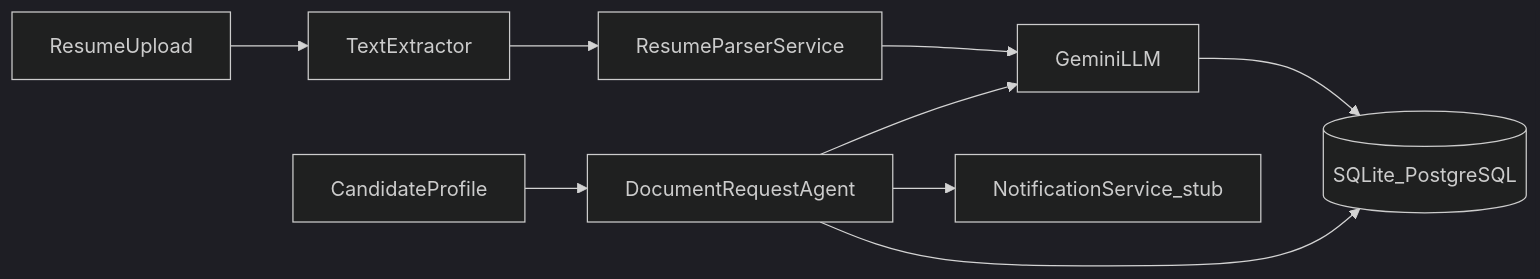
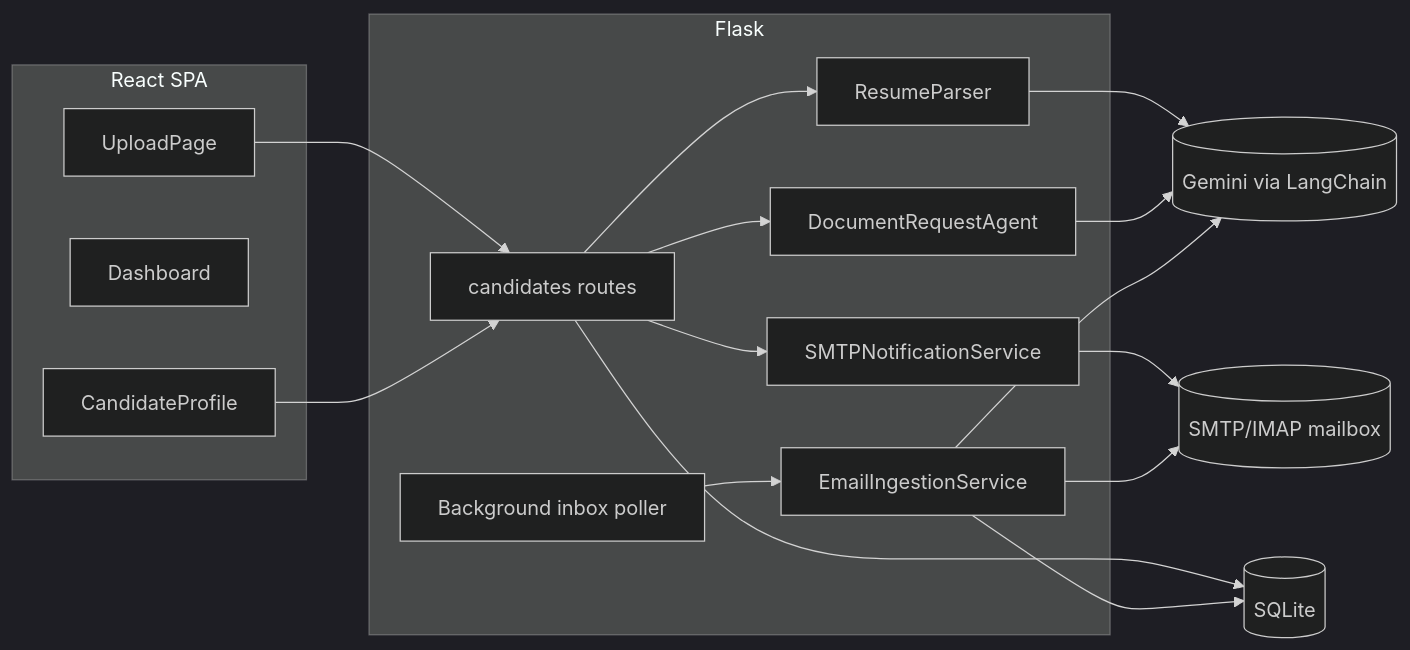
One commit to akshay-battu/resumeParser changed the diagram in README.md. Above: the diagram before and after it, drawn with Mermaid (dark theme). The commit also changed other lines of this file and 26 other files, not shown here.

````diff
--- a/README.md
+++ b/README.md
@@ -15,11 +45,29 @@
 ```mermaid
 flowchart LR
-  Upload[ResumeUpload] --> Extract[TextExtractor]
-  Extract --> Parser[ResumeParserService]
-  Parser --> LLM[GeminiLLM]
-  LLM --> DB[(SQLite_PostgreSQL)]
-  Profile[CandidateProfile] --> Agent[DocumentRequestAgent]
-  Agent --> LLM
-  Agent --> Notify[NotificationService_stub]
-  Agent --> DB
+  subgraph Frontend [React SPA]
+    Upload[UploadPage]
+    Dash[Dashboard]
+    Profile[CandidateProfile]
+  end
+
+  subgraph Backend [Flask]
+    Routes[candidates routes]
+    Parser[ResumeParser]
+    Agent[DocumentRequestAgent]
+    Notify[SMTPNotificationService]
+    Ingest[EmailIngestionService]
+    Poller[Background inbox poller]
+  end
+
+  LLM[(Gemini via LangChain)]
+  DB[(SQLite)]
+  Mailbox[(SMTP/IMAP mailbox)]
+
+  Upload --> Routes --> Parser --> LLM
+  Profile --> Routes --> Agent --> LLM
+  Routes --> Notify --> Mailbox
+  Poller --> Ingest --> Mailbox
+  Ingest --> LLM
+  Routes --> DB
+  Ingest --> DB
 ```
````
